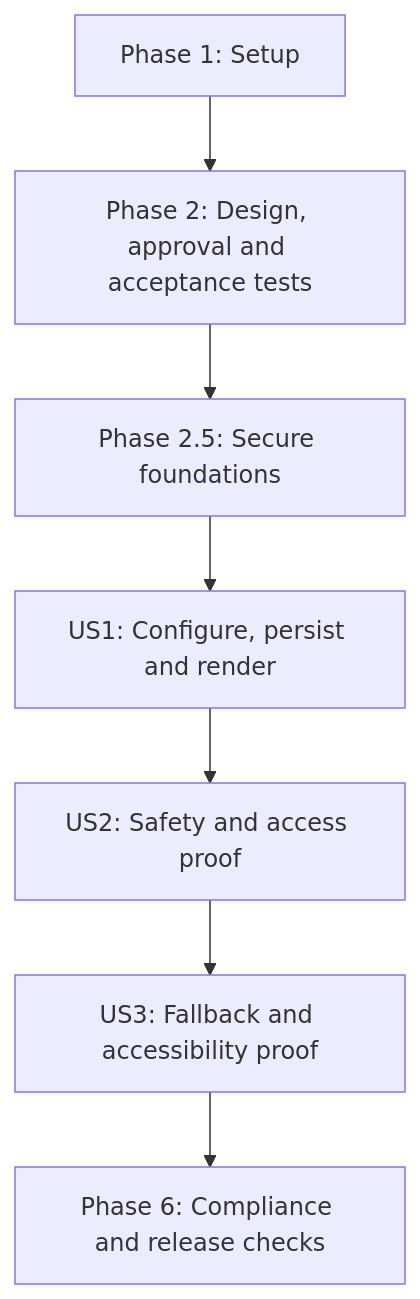
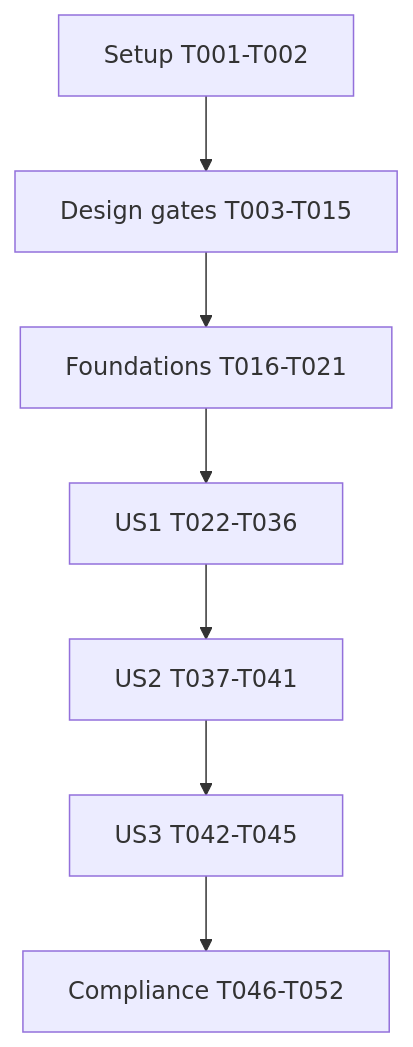
Before and after one commit to aimable100/agentic-identity-broker: the diagram in specs/20261118-224349-configure-service-icons/tasks.md, drawn with Mermaid. The commit also changed other lines of this file and 8 other files, not shown here.

````diff
--- a/specs/20261118-224349-configure-service-icons/tasks.md
+++ b/specs/20261118-224349-configure-service-icons/tasks.md
@@ -137,9 +139,9 @@
 ```mermaid
 flowchart TD
-  S[Phase 1: Setup] --> D[Phase 2: Design, approval and acceptance tests]
-  D --> F[Phase 2.5: Secure foundations]
-  F --> U1[US1: Configure, persist and render]
-  U1 --> U2[US2: Safety and access proof]
-  U2 --> U3[US3: Fallback and accessibility proof]
-  U3 --> C[Phase 6: Compliance and release checks]
+  Setup[Setup T001-T002] --> Design[Design gates T003-T015]
+  Design --> Foundations[Foundations T016-T021]
+  Foundations --> US1[US1 T022-T036]
+  US1 --> US2[US2 T037-T041]
+  US2 --> US3[US3 T042-T045]
+  US3 --> Compliance[Compliance T046-T052]
 ```
````
